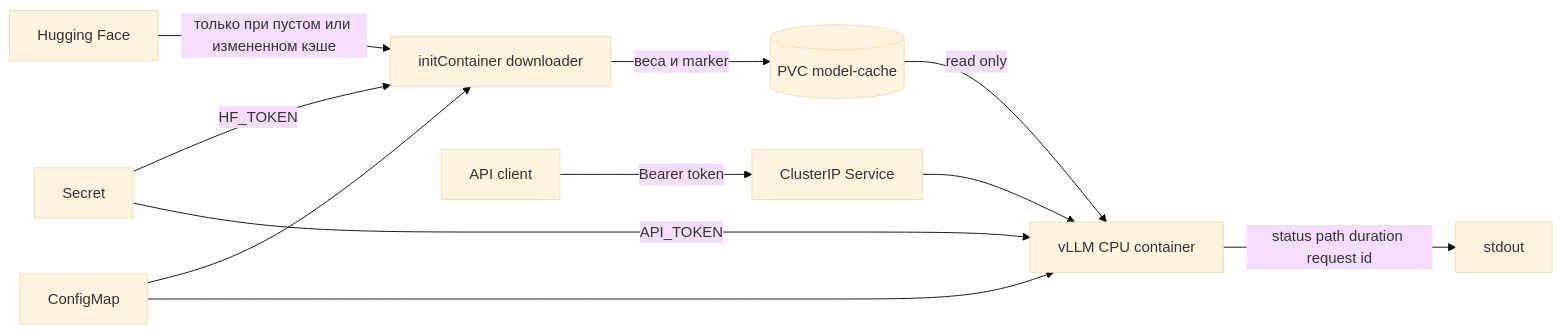
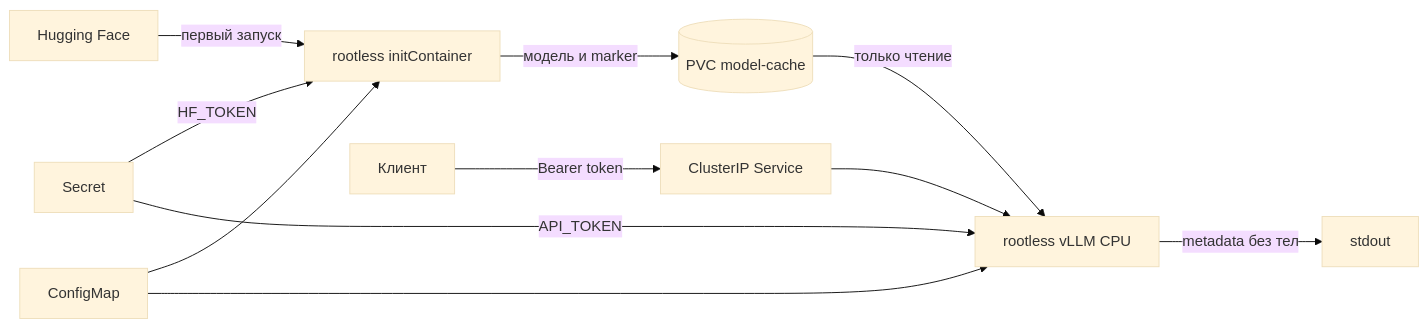
Before and after one commit to EkaterinaLogutova/vllm-k8s-cpu-inference: the diagram in README.md, drawn with Mermaid (base theme). The commit also changed other lines of this file and 13 other files, not shown here.

````diff
--- a/README.md
+++ b/README.md
@@ -9,13 +14,13 @@
 ```mermaid
 flowchart LR
-    HF[Hugging Face] -->|только при пустом или измененном кэше| INIT[initContainer downloader]
+    HF[Hugging Face] -->|первый запуск| INIT[rootless initContainer]
     SECRET[Secret] -->|HF_TOKEN| INIT
-    INIT -->|веса и marker| PVC[(PVC model-cache)]
-    PVC -->|read only| VLLM[vLLM CPU container]
+    INIT -->|модель и marker| PVC[(PVC model-cache)]
+    PVC -->|только чтение| VLLM[rootless vLLM CPU]
     CONFIG[ConfigMap] --> INIT
     CONFIG --> VLLM
     SECRET -->|API_TOKEN| VLLM
-    CLIENT[API client] -->|Bearer token| SVC[ClusterIP Service]
+    CLIENT[Клиент] -->|Bearer token| SVC[ClusterIP Service]
     SVC --> VLLM
-    VLLM -->|status path duration request id| LOG[stdout]
+    VLLM -->|metadata без тел| LOG[stdout]
 ```
````
